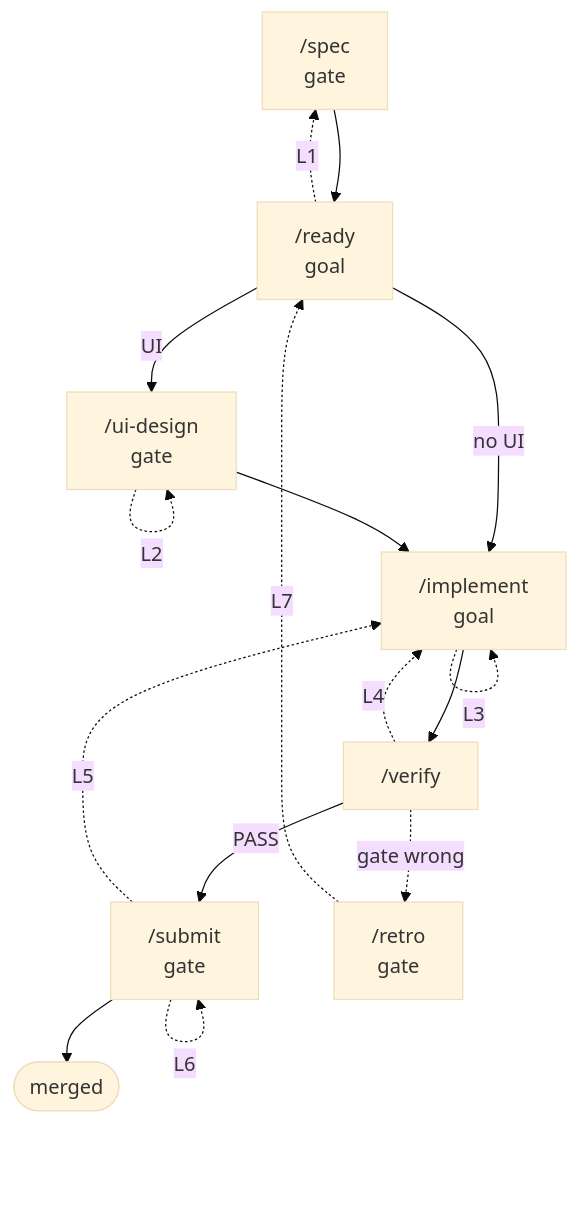
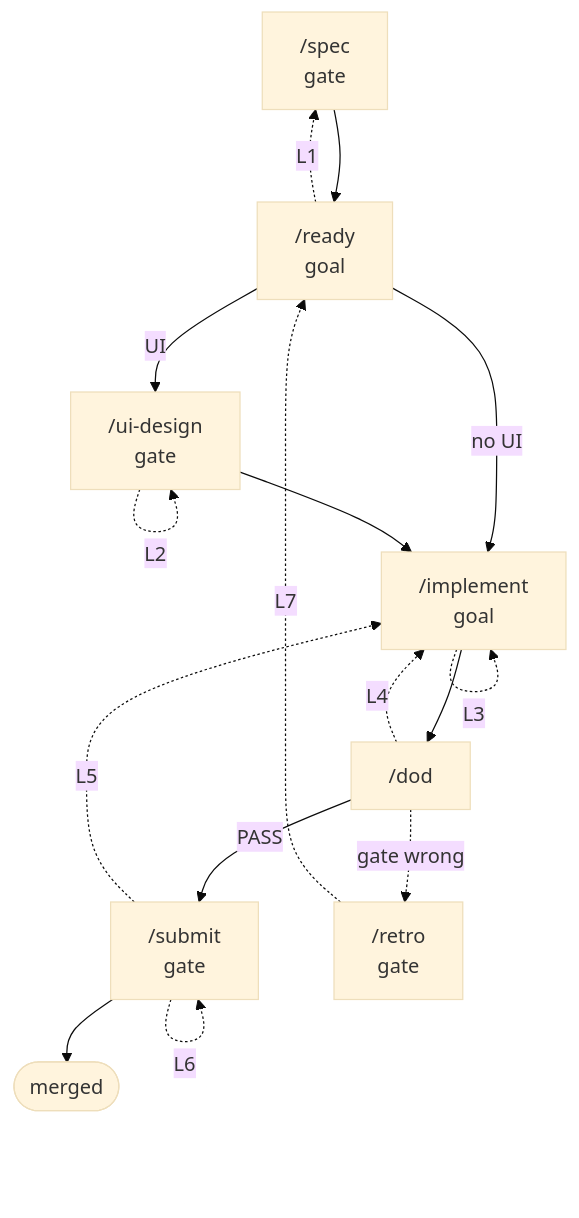
One commit to JoeCotellese/claude-code-config changed the diagram in plugins/dev-jawn/skills/WORKFLOW.md. Above: the diagram before and after it, drawn with Mermaid (base theme). The commit also changed other lines of this file and 12 other files, not shown here.

First line of the commit message:
Refactor #99: Rename dev-jawn verify skill to dod (#100)

````diff
--- a/plugins/dev-jawn/skills/WORKFLOW.md
+++ b/plugins/dev-jawn/skills/WORKFLOW.md
@@ -10,28 +10,28 @@
 ```mermaid
 flowchart TD
     spec["/spec<br/>gate"]
     ready["/ready<br/>goal"]
     design["/ui-design<br/>gate"]
     impl["/implement<br/>goal"]
-    verify["/verify"]
+    dod["/dod"]
     submit["/submit<br/>gate"]
     merged(["merged"])
     retro["/retro<br/>gate"]
 
     spec --> ready
     ready -->|UI| design
     ready -->|no UI| impl
     design --> impl
-    impl --> verify
-    verify -->|PASS| submit
+    impl --> dod
+    dod -->|PASS| submit
     submit --> merged
-    verify -.->|"gate wrong"| retro
+    dod -.->|"gate wrong"| retro
 
     ready -.->|L1| spec
     design -.->|L2| design
     impl -.->|L3| impl
-    verify -.->|L4| impl
+    dod -.->|L4| impl
     submit -.->|L5| impl
     submit -.->|L6| submit
     retro -.->|L7| ready
 ```
````
